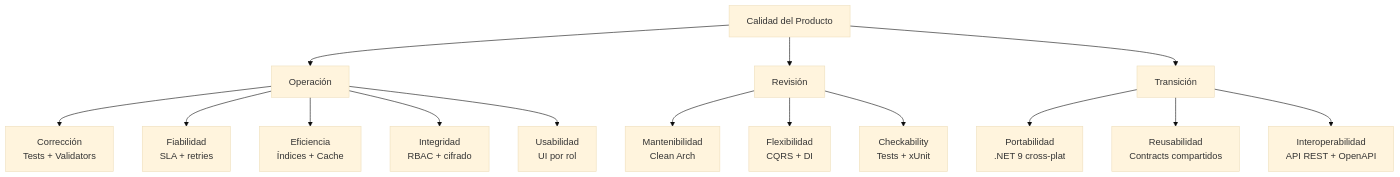
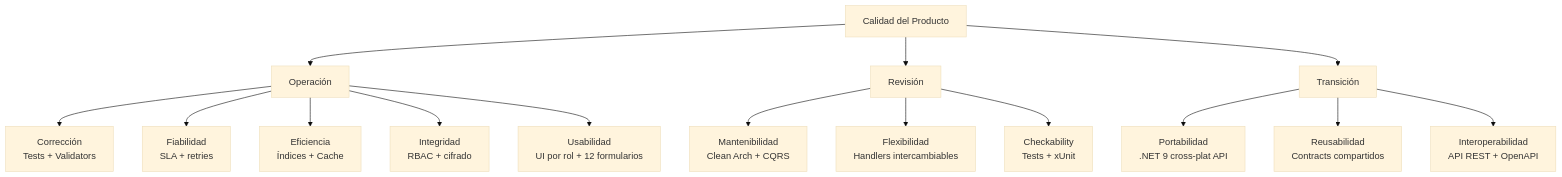
Before and after one commit to claudiosddevs/adrian: the second of 2 diagrams in docs/06-requerimientos/README.md, drawn with Mermaid (base theme). The commit also changed other lines of this file and 5 other files, not shown here.

````diff
--- a/docs/06-requerimientos/README.md
+++ b/docs/06-requerimientos/README.md
@@ -105,21 +156,21 @@
 ```mermaid
 flowchart TD
     QUAL[Calidad del Producto]
     QUAL --> OP[Operación]
     QUAL --> REV[Revisión]
     QUAL --> TRA[Transición]
 
     OP --> CORR[Corrección<br/>Tests + Validators]
     OP --> FIAB[Fiabilidad<br/>SLA + retries]
     OP --> EFIC[Eficiencia<br/>Índices + Cache]
     OP --> INTEG[Integridad<br/>RBAC + cifrado]
-    OP --> USA[Usabilidad<br/>UI por rol]
+    OP --> USA[Usabilidad<br/>UI por rol + 12 formularios]
 
-    REV --> MANT[Mantenibilidad<br/>Clean Arch]
-    REV --> FLEX[Flexibilidad<br/>CQRS + DI]
+    REV --> MANT[Mantenibilidad<br/>Clean Arch + CQRS]
+    REV --> FLEX[Flexibilidad<br/>Handlers intercambiables]
     REV --> CHECK[Checkability<br/>Tests + xUnit]
 
-    TRA --> PORT[Portabilidad<br/>.NET 9 cross-plat]
+    TRA --> PORT[Portabilidad<br/>.NET 9 cross-plat API]
     TRA --> REUS[Reusabilidad<br/>Contracts compartidos]
     TRA --> INTER[Interoperabilidad<br/>API REST + OpenAPI]
 ```
````
